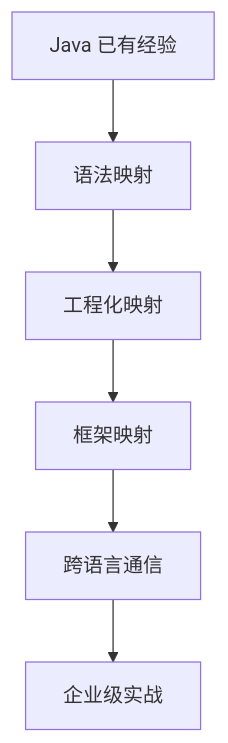
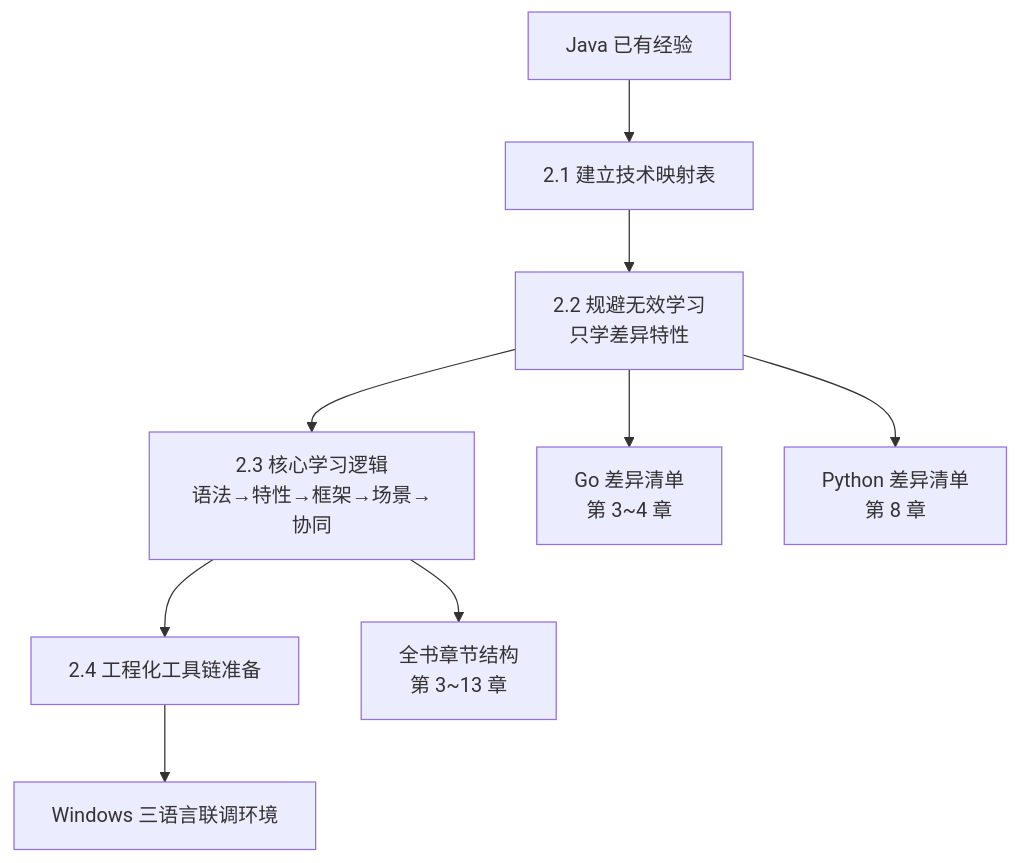
Before and after one commit to xiangganLuo/java-perspective-go-python-fullstack: the diagram in book/chapters/02-从-java-视角学习新语言的高效方法.md, drawn with Mermaid. The commit also changed other lines of this file and 17 other files, not shown here.

````diff
--- a/book/chapters/02-从-java-视角学习新语言的高效方法.md
+++ b/book/chapters/02-从-java-视角学习新语言的高效方法.md
@@ -17,8 +19,11 @@
 ```mermaid
 flowchart TD
-  A[Java 已有经验] --> B[语法映射]
-  B --> C[工程化映射]
-  C --> D[框架映射]
-  D --> E[跨语言通信]
-  E --> F[企业级实战]
+  A[Java 已有经验] --> B[2.1 建立技术映射表]
+  B --> C[2.2 规避无效学习<br/>只学差异特性]
+  C --> D[2.3 核心学习逻辑<br/>语法→特性→框架→场景→协同]
+  D --> E[2.4 工程化工具链准备]
+  C --> F[Go 差异清单<br/>第 3~4 章]
+  C --> G[Python 差异清单<br/>第 8 章]
+  D --> H[全书章节结构<br/>第 3~13 章]
+  E --> I[Windows 三语言联调环境]
 ```
````
